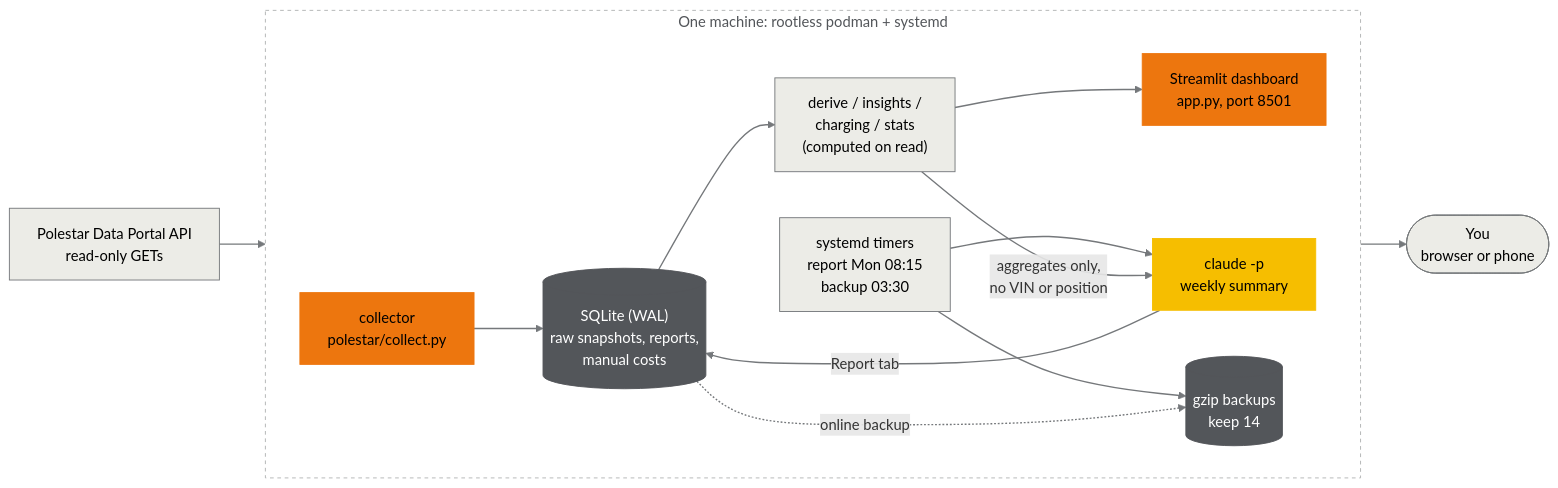
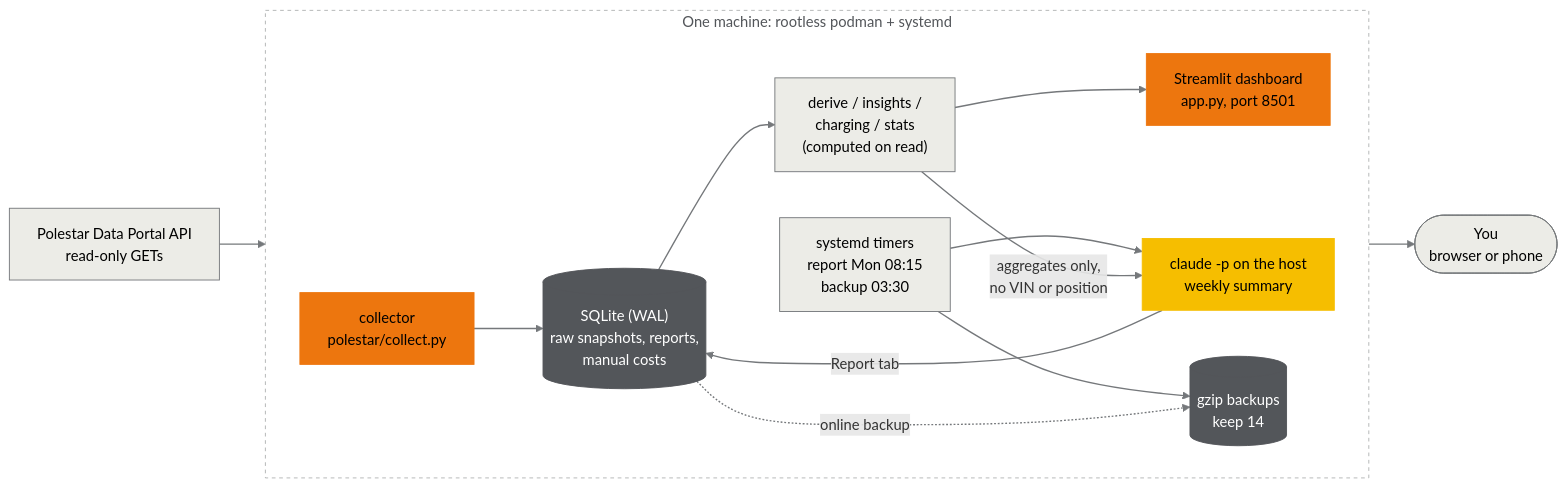
One commit to coulof/polestar-telemetry changed the diagram in README.md. Above: the diagram before and after it, drawn with Mermaid. The commit also changed other lines of this file, not shown here.

````diff
--- a/README.md
+++ b/README.md
@@ -21,34 +23,34 @@
 ```mermaid
 flowchart LR
     api["Polestar Data Portal API<br/>read-only GETs"]
     subgraph host["One machine: rootless podman + systemd"]
         direction LR
         collector["collector<br/>polestar/collect.py"]
         db[("SQLite (WAL)<br/>raw snapshots, reports,<br/>manual costs")]
         derive["derive / insights /<br/>charging / stats<br/>(computed on read)"]
         app["Streamlit dashboard<br/>app.py, port 8501"]
         timer["systemd timers<br/>report Mon 08:15<br/>backup 03:30"]
-        claude["claude -p<br/>weekly summary"]
+        claude["claude -p on the host<br/>weekly summary"]
         backups[("gzip backups<br/>keep 14")]
     end
     you(["You<br/>browser or phone"])
 
     api --> collector --> db --> derive --> app --> you
     timer --> claude
     derive -- "aggregates only,<br/>no VIN or position" --> claude
     claude -- "Report tab" --> db
     timer --> backups
     db -. "online backup" .-> backups
 
     classDef accent fill:#ED760E,stroke:#ED760E,color:#000
     classDef gold fill:#F6BE00,stroke:#F6BE00,color:#000
     classDef grey fill:#ECECE7,stroke:#75787B,color:#000
     classDef dark fill:#53565A,stroke:#53565A,color:#fff
     class collector,app accent
     class claude gold
     class derive,timer grey
     class db,backups dark
     class api,you grey
     style host fill:#FFFFFF,stroke:#B1B3B3,stroke-dasharray:4 4,color:#53565A
     linkStyle default stroke:#75787B,stroke-width:1.5px
 ```
````
